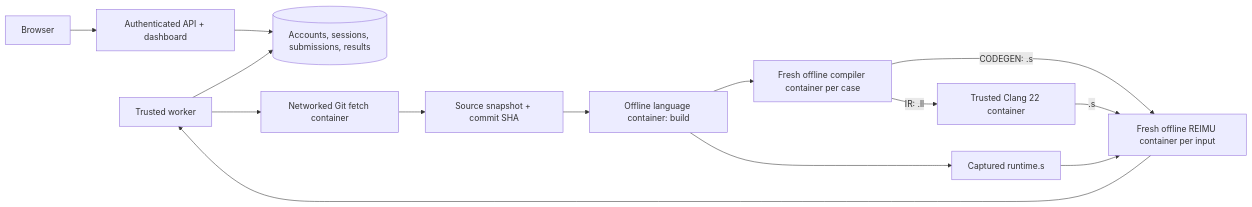
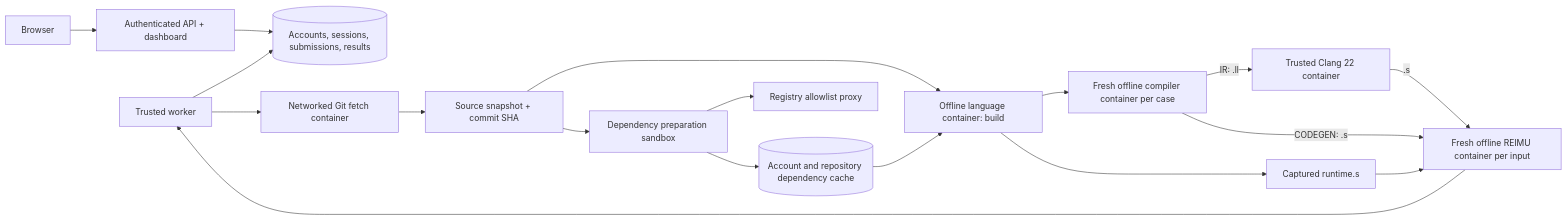
One commit to ACMClassCourse-2025/rx-online-judge changed the diagram in README.md. Above: the diagram before and after it, drawn with Mermaid. The commit also changed other lines of this file and 39 other files, not shown here.

First line of the commit message:
feat: add admin run management and cached dependency preparation

````diff
--- a/README.md
+++ b/README.md
@@ -286,16 +364,20 @@
 ```mermaid
 flowchart LR
   Browser --> API[Authenticated API + dashboard]
   API --> DB[(Accounts, sessions, submissions, results)]
   Worker[Trusted worker] --> DB
   Worker --> Git[Networked Git fetch container]
   Git --> Source[Source snapshot + commit SHA]
   Source --> Build[Offline language container: build]
+  Source --> Dependencies[Dependency preparation sandbox]
+  Dependencies --> Proxy[Registry allowlist proxy]
+  Dependencies --> Cache[(Account and repository dependency cache)]
+  Cache --> Build
   Build --> Compile[Fresh offline compiler container per case]
   Build --> Runtime[Captured runtime.s]
   Compile -->|IR: .ll| Clang[Trusted Clang 22 container]
   Compile -->|CODEGEN: .s| REIMU[Fresh offline REIMU container per input]
   Clang -->|.s| REIMU
   Runtime --> REIMU
   REIMU --> Worker
 ```
````
